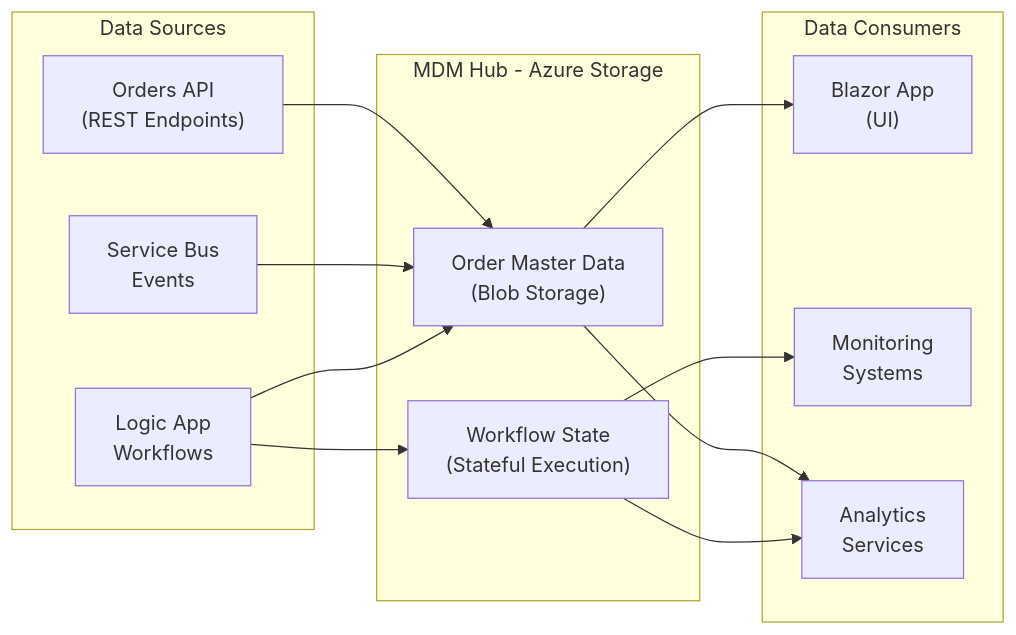
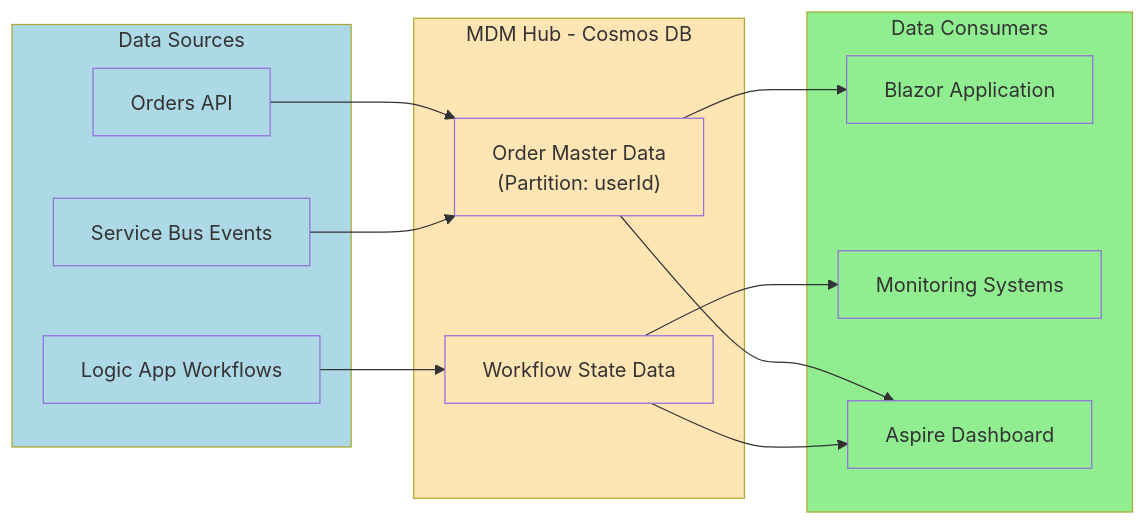
The third of 12 diagrams in README.md (Evilazaro/Azure-LogicApps-Monitoring), drawn with Mermaid before and after one commit. The commit also changed other lines of this file, not shown here.

Commit message:
refactor: update flowcharts in README.md for improved clarity and consistency

````diff
--- a/README.md
+++ b/README.md
@@ -259,29 +279,40 @@
 ```mermaid
 flowchart LR
     subgraph Sources["Data Sources"]
-        OrdersAPI["Orders API<br/>(REST Endpoints)"]
-        Workflows["Logic App<br/>Workflows"]
-        ServiceBusEvents["Service Bus<br/>Events"]
+        OrdersAPI["Orders API"]
+        LogicAppWorkflows["Logic App Workflows"]
+        ServiceBusEvents["Service Bus Events"]
     end
     
-    subgraph MDMHub["MDM Hub - Azure Storage"]
-        OrderMaster["Order Master Data<br/>(Blob Storage)"]
-        WorkflowState["Workflow State<br/>(Stateful Execution)"]
+    subgraph MDMHub["MDM Hub - Cosmos DB"]
+        OrderMasterData["Order Master Data<br/>(Partition: userId)"]
+        WorkflowState["Workflow State Data"]
     end
     
     subgraph Consumers["Data Consumers"]
-        BlazorApp["Blazor App<br/>(UI)"]
-        MonitoringSystems["Monitoring<br/>Systems"]
-        Analytics["Analytics<br/>Services"]
+        BlazorApp["Blazor Application"]
+        MonitoringSystems["Monitoring Systems"]
+        AspireDashboard["Aspire Dashboard"]
     end
     
-    OrdersAPI --> OrderMaster
-    Workflows --> WorkflowState
-    ServiceBusEvents --> OrderMaster
-    Workflows --> OrderMaster
+    OrdersAPI --> OrderMasterData
+    LogicAppWorkflows --> WorkflowState
+    ServiceBusEvents --> OrderMasterData
     
-    OrderMaster --> BlazorApp
+    OrderMasterData --> BlazorApp
     WorkflowState --> MonitoringSystems
-    OrderMaster --> Analytics
-    WorkflowState --> Analytics
+    OrderMasterData --> AspireDashboard
+    WorkflowState --> AspireDashboard
+    
+    style Sources fill:#ADD8E6
+    style MDMHub fill:#FFE5B4
+    style Consumers fill:#90EE90
+    style OrdersAPI fill:#ADD8E6
+    style LogicAppWorkflows fill:#ADD8E6
+    style ServiceBusEvents fill:#ADD8E6
+    style OrderMasterData fill:#FFE5B4
+    style WorkflowState fill:#FFE5B4
+    style BlazorApp fill:#90EE90
+    style MonitoringSystems fill:#90EE90
+    style AspireDashboard fill:#90EE90
 ```
````
